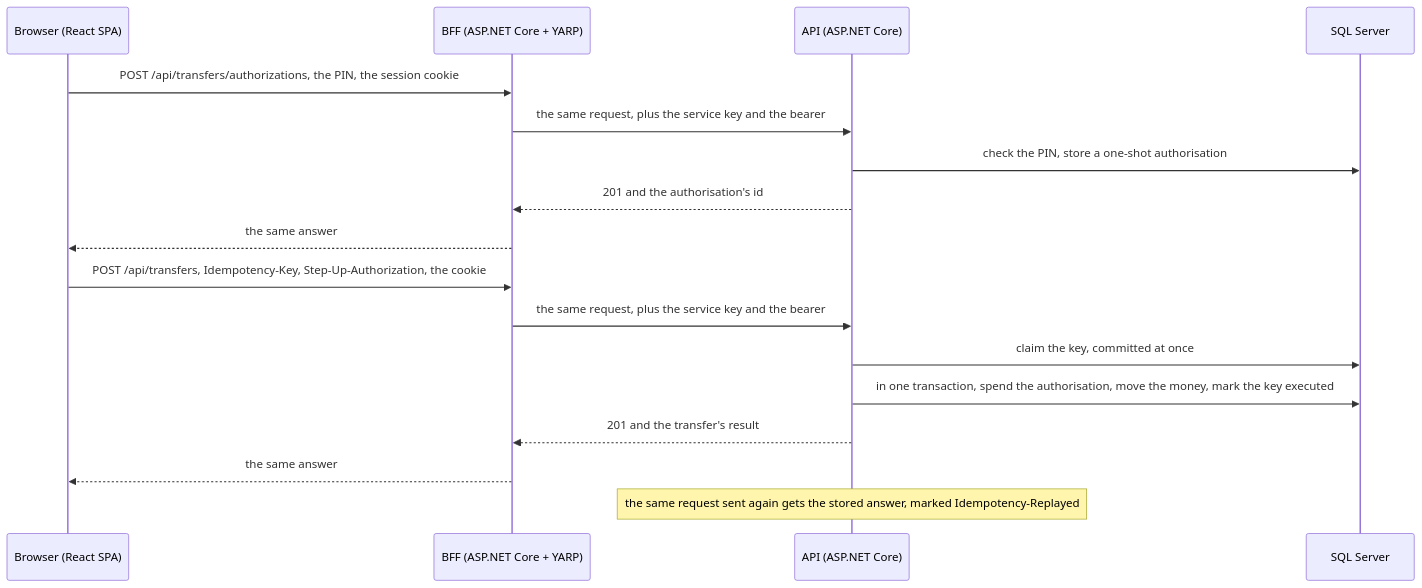
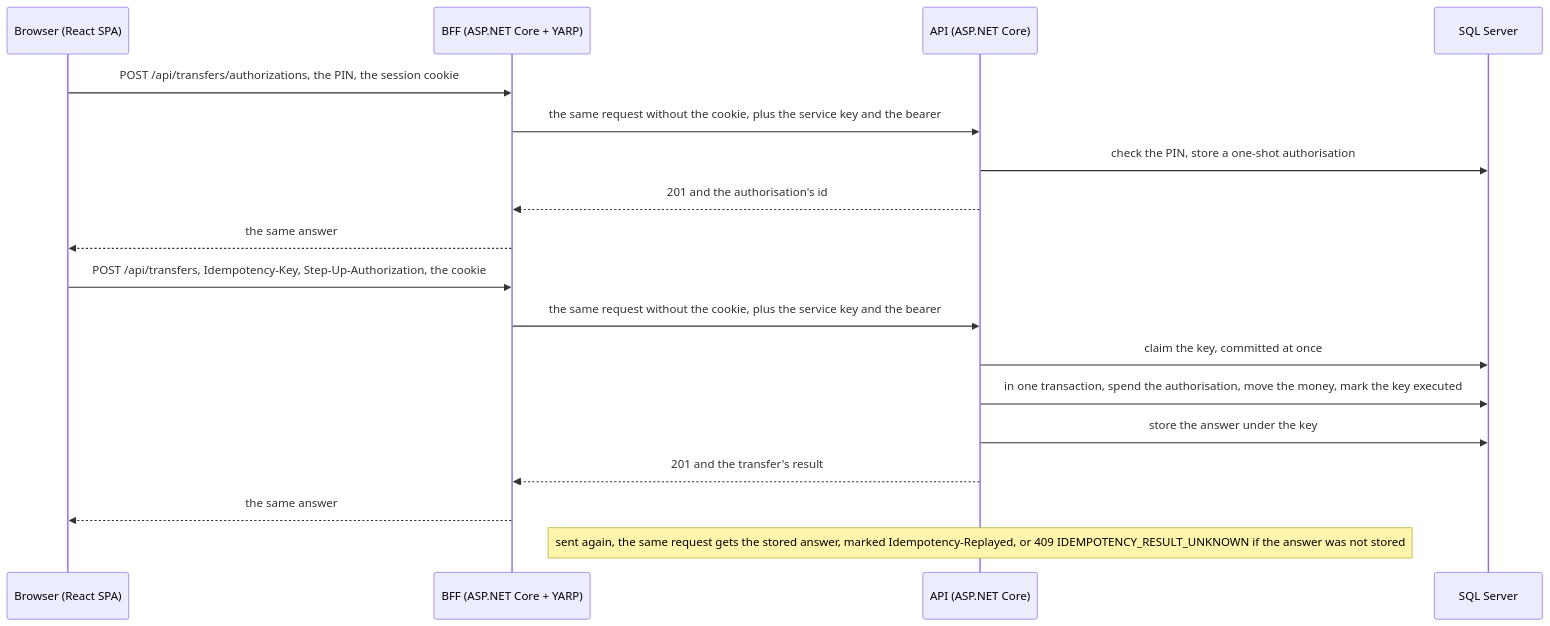
The diagram in docs/architecture/overview.md (Gurgant/azurebank-v2), drawn with Mermaid before and after one commit.

Commit message:
Show the cookie dropped and the answer stored apart in the overview
The two messages from the BFF to the API read "the same request", but
the BFF removes the browser's whole Cookie header before it forwards
(BearerTokenTransformProvider), so the cookie never reaches the API.
They now say "the same request without the cookie".

The answer is stored under the key after the transaction that moves
the money, and storing it can fail. The diagram now shows that step,
and its note says a request sent again gets the stored answer, or 409
IDEMPOTENCY_RESULT_UNKNOWN when the answer was not stored.

````diff
--- a/docs/architecture/overview.md
+++ b/docs/architecture/overview.md
@@ -25,20 +25,21 @@
 ```mermaid
 sequenceDiagram
     participant B as Browser (React SPA)
     participant F as BFF (ASP.NET Core + YARP)
     participant A as API (ASP.NET Core)
     participant D as SQL Server
 
     B->>F: POST /api/transfers/authorizations, the PIN, the session cookie
-    F->>A: the same request, plus the service key and the bearer
+    F->>A: the same request without the cookie, plus the service key and the bearer
     A->>D: check the PIN, store a one-shot authorisation
     A-->>F: 201 and the authorisation's id
     F-->>B: the same answer
     B->>F: POST /api/transfers, Idempotency-Key, Step-Up-Authorization, the cookie
-    F->>A: the same request, plus the service key and the bearer
+    F->>A: the same request without the cookie, plus the service key and the bearer
     A->>D: claim the key, committed at once
     A->>D: in one transaction, spend the authorisation, move the money, mark the key executed
+    A->>D: store the answer under the key
     A-->>F: 201 and the transfer's result
     F-->>B: the same answer
-    Note over A: the same request sent again gets the stored answer, marked Idempotency-Replayed
+    Note over A: sent again, the same request gets the stored answer, marked Idempotency-Replayed, or 409 IDEMPOTENCY_RESULT_UNKNOWN if the answer was not stored
 ```
````
